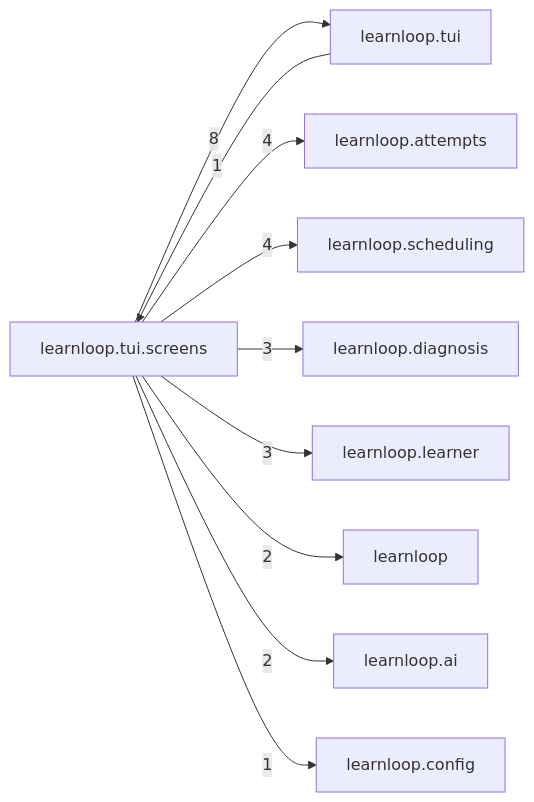
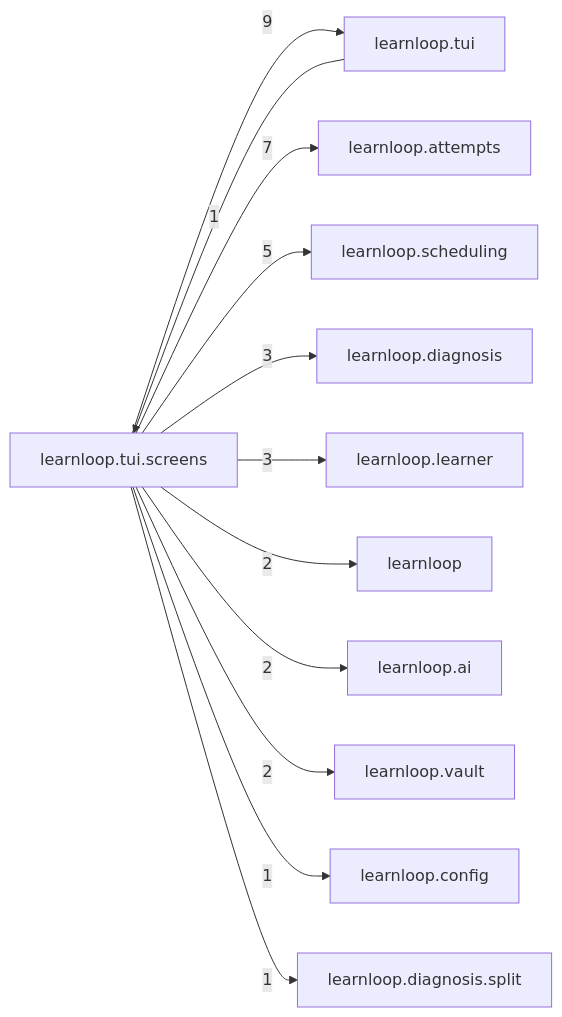
The diagram in docs/learnloop-architecture-vault/Reference/Modules/learnloop/tui/screens/_package.md (6up-b/learnanything), drawn with Mermaid before and after one commit. The commit also changed other lines of this file and 1202 other files, not shown here.

````diff
--- a/docs/learnloop-architecture-vault/Reference/Modules/learnloop/tui/screens/_package.md
+++ b/docs/learnloop-architecture-vault/Reference/Modules/learnloop/tui/screens/_package.md
@@ -78,21 +82,25 @@
 ```mermaid
 flowchart LR
     center["learnloop.tui.screens"]
     n_learnloop_tui["learnloop.tui"]
     n_learnloop_attempts["learnloop.attempts"]
     n_learnloop_scheduling["learnloop.scheduling"]
     n_learnloop_diagnosis["learnloop.diagnosis"]
     n_learnloop_learner["learnloop.learner"]
     n_learnloop["learnloop"]
     n_learnloop_ai["learnloop.ai"]
+    n_learnloop_vault["learnloop.vault"]
     n_learnloop_config["learnloop.config"]
+    n_learnloop_diagnosis_split["learnloop.diagnosis.split"]
     n_learnloop_tui -->|1| center
-    center -->|8| n_learnloop_tui
-    center -->|4| n_learnloop_attempts
-    center -->|4| n_learnloop_scheduling
+    center -->|9| n_learnloop_tui
+    center -->|7| n_learnloop_attempts
+    center -->|5| n_learnloop_scheduling
     center -->|3| n_learnloop_diagnosis
     center -->|3| n_learnloop_learner
     center -->|2| n_learnloop
     center -->|2| n_learnloop_ai
+    center -->|2| n_learnloop_vault
     center -->|1| n_learnloop_config
+    center -->|1| n_learnloop_diagnosis_split
 ```
````
